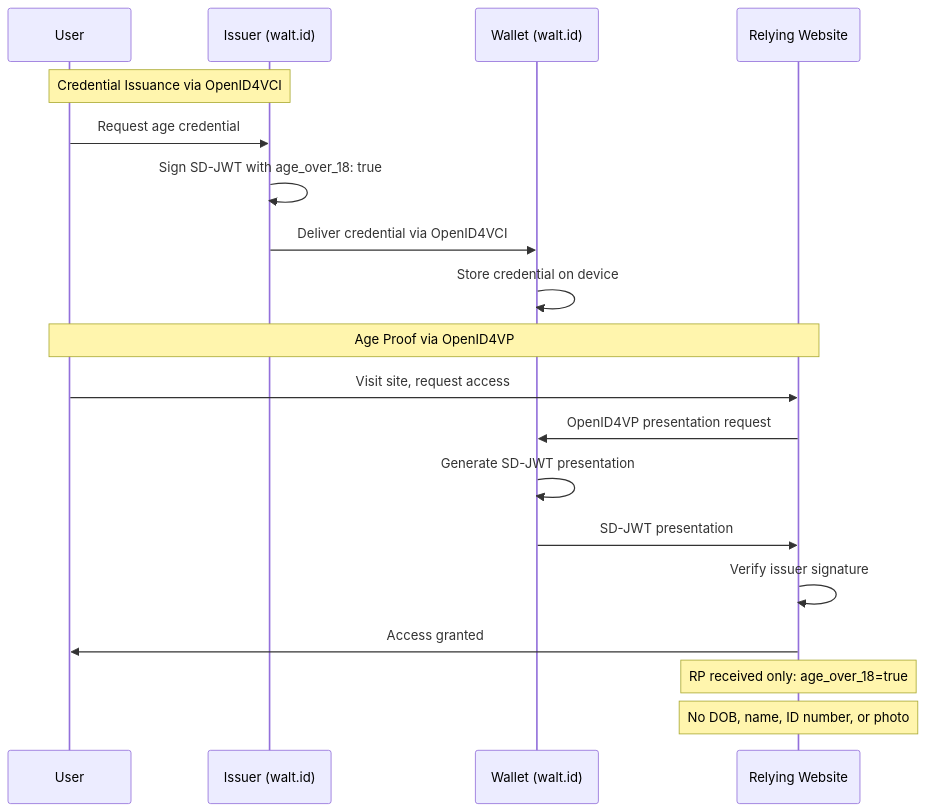
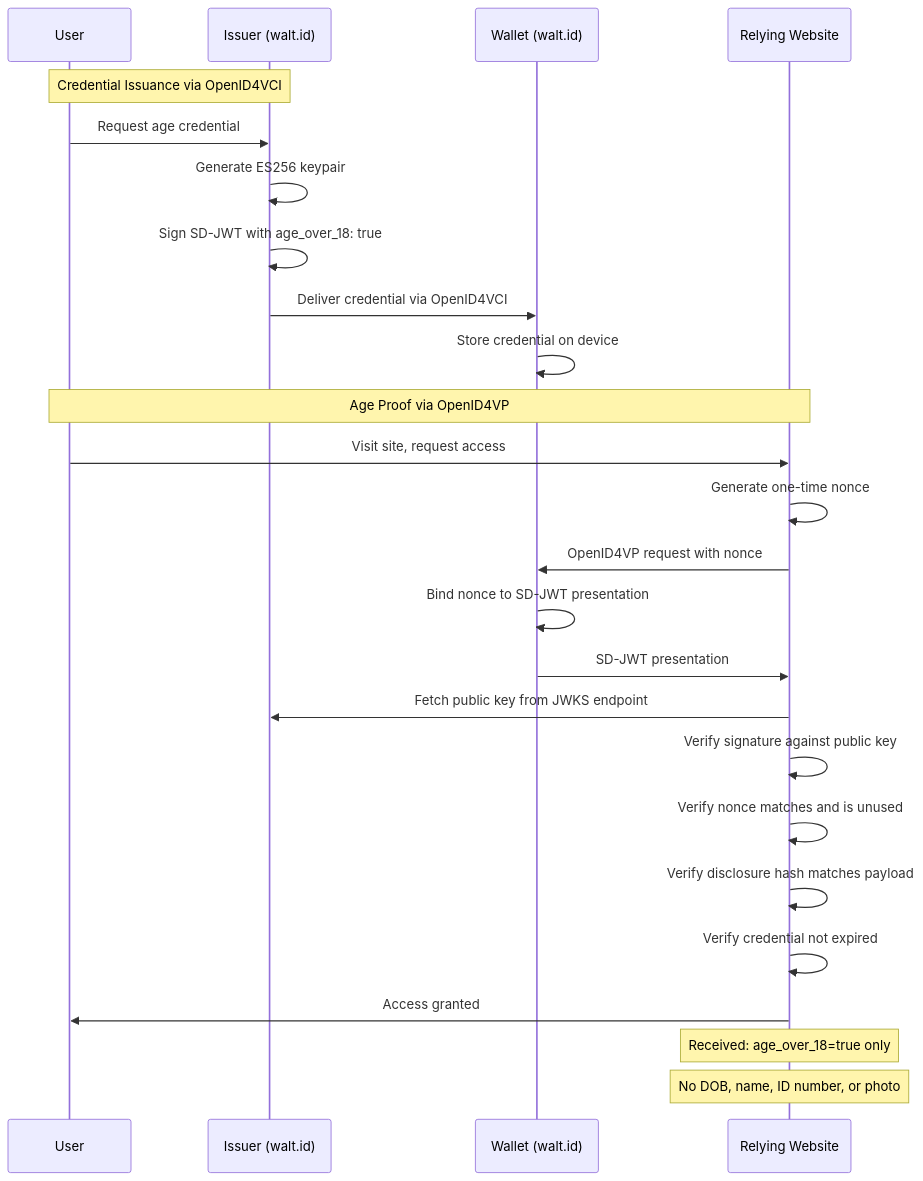
Before and after one commit to thezombieguy/privacy-age-verification: the second of 2 diagrams in plans/2026-02-17-prototype-plan.md, drawn with Mermaid. The commit also changed other lines of this file, not shown here.

````diff
--- a/plans/2026-02-17-prototype-plan.md
+++ b/plans/2026-02-17-prototype-plan.md
@@ -182,24 +289,30 @@
 ```mermaid
 sequenceDiagram
   participant U as User
   participant I as Issuer (walt.id)
   participant W as Wallet (walt.id)
   participant RP as Relying Website
 
   Note over U,I: Credential Issuance via OpenID4VCI
   U->>I: Request age credential
+  I->>I: Generate ES256 keypair
   I->>I: Sign SD-JWT with age_over_18: true
   I->>W: Deliver credential via OpenID4VCI
   W->>W: Store credential on device
 
   Note over U,RP: Age Proof via OpenID4VP
   U->>RP: Visit site, request access
-  RP->>W: OpenID4VP presentation request
-  W->>W: Generate SD-JWT presentation
+  RP->>RP: Generate one-time nonce
+  RP->>W: OpenID4VP request with nonce
+  W->>W: Bind nonce to SD-JWT presentation
   W->>RP: SD-JWT presentation
-  RP->>RP: Verify issuer signature
+  RP->>I: Fetch public key from JWKS endpoint
+  RP->>RP: Verify signature against public key
+  RP->>RP: Verify nonce matches and is unused
+  RP->>RP: Verify disclosure hash matches payload
+  RP->>RP: Verify credential not expired
   RP->>U: Access granted
 
-  Note over RP: RP received only: age_over_18=true
+  Note over RP: Received: age_over_18=true only
   Note over RP: No DOB, name, ID number, or photo
 ```
````
